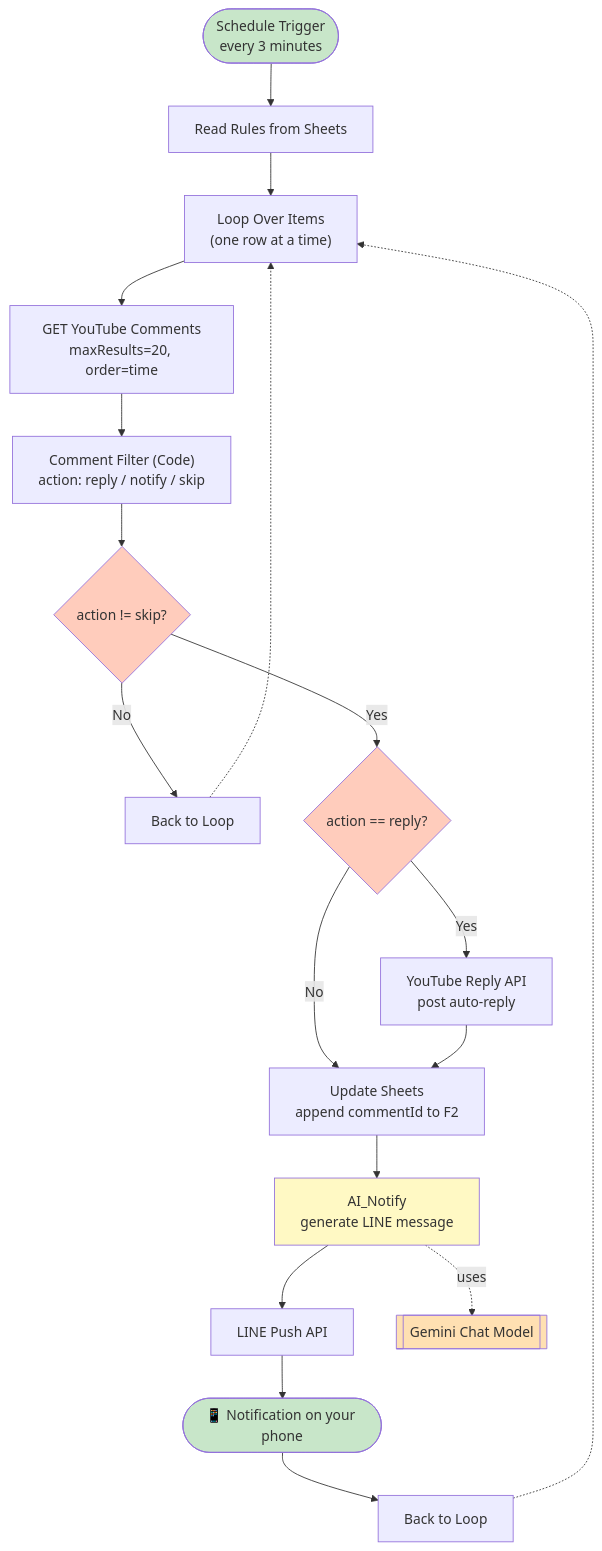
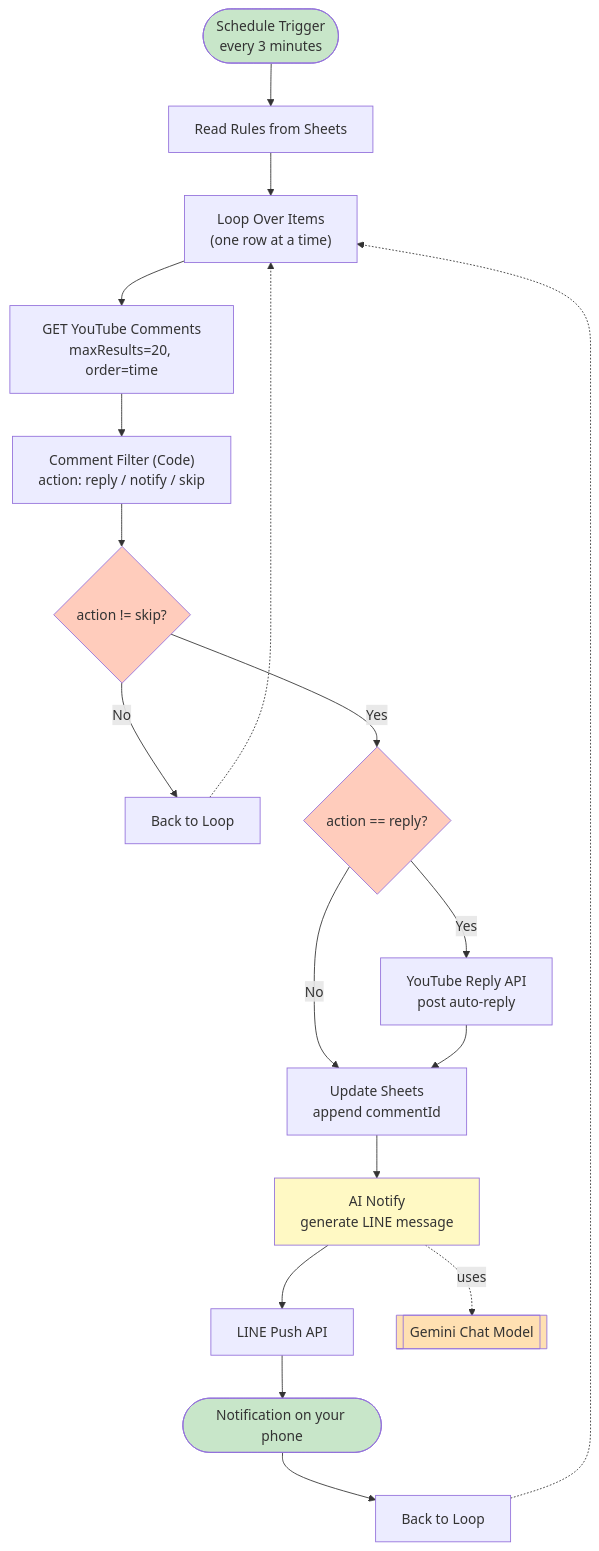
Before and after one commit to brianlab0/n8n-YouTube-Comment-Bot: the third of 3 diagrams in README.md, drawn with Mermaid. The commit also changed other lines of this file, not shown here.

````diff
--- a/README.md
+++ b/README.md
@@ -87,34 +108,34 @@
 ```mermaid
 flowchart TD
     Trigger(["Schedule Trigger<br/>every 3 minutes"])
     Trigger --> ReadRules["Read Rules from Sheets"]
     ReadRules --> Loop["Loop Over Items<br/>(one row at a time)"]
     Loop --> GetComments["GET YouTube Comments<br/>maxResults=20, order=time"]
     GetComments --> Filter["Comment Filter (Code)<br/>action: reply / notify / skip"]
     Filter --> HasAction{"action != skip?"}
 
     HasAction -->|No| BackLoop1[Back to Loop]
     HasAction -->|Yes| NeedsReply{"action == reply?"}
 
     NeedsReply -->|Yes| YTReply["YouTube Reply API<br/>post auto-reply"]
     NeedsReply -->|No| UpdateSheet
-    YTReply --> UpdateSheet["Update Sheets<br/>append commentId to F2"]
+    YTReply --> UpdateSheet["Update Sheets<br/>append commentId"]
 
-    UpdateSheet --> AINotify["AI_Notify<br/>generate LINE message"]
+    UpdateSheet --> AINotify["AI Notify<br/>generate LINE message"]
     AINotify --> LinePush["LINE Push API"]
-    LinePush --> Phone(["📱 Notification on your phone"])
+    LinePush --> Phone(["Notification on your phone"])
     Phone --> BackLoop2[Back to Loop]
 
     BackLoop1 -.-> Loop
     BackLoop2 -.-> Loop
 
     Gemini2[["Gemini Chat Model"]]
     AINotify -.uses.-> Gemini2
 
     style Trigger fill:#c8e6c9
     style Phone fill:#c8e6c9
     style AINotify fill:#fff9c4
     style HasAction fill:#ffccbc
     style NeedsReply fill:#ffccbc
     style Gemini2 fill:#ffe0b2
 ```
````
